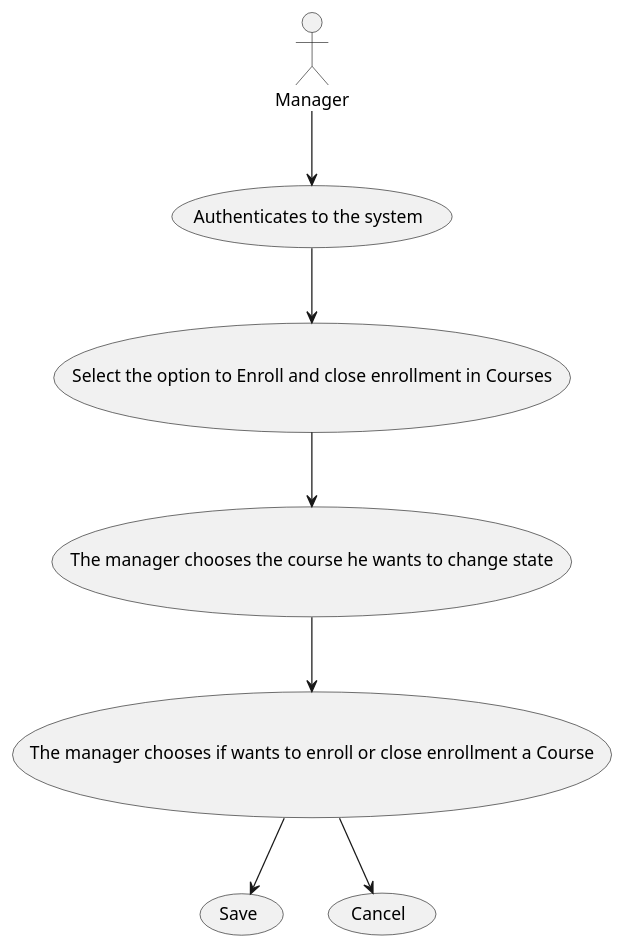
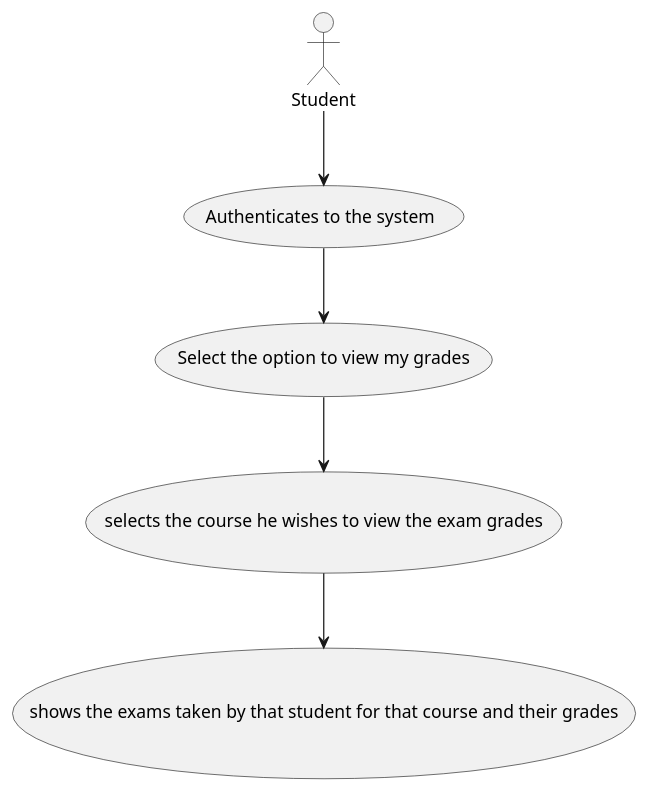
Before and after one commit to mascenso/isep-sem4-lapr4: the diagram in docs/SPRINT C/US2005 - List of Grades/US2005-UCD.puml, drawn with PlantUML. The commit also changed 1 other file, not shown here.

```diff
--- a/docs/SPRINT C/US2005 - List of Grades/US2005-UCD.puml
+++ b/docs/SPRINT C/US2005 - List of Grades/US2005-UCD.puml
@@ -1,16 +1,14 @@
 @startuml
 'https://plantuml.com/use-case-diagram
 
 
 
 
-actor Manager
-    Manager -down-> (Authenticates to the system)
-    (Authenticates to the system) --> (Select the option to Enroll and close enrollment in Courses)
-    (Select the option to Enroll and close enrollment in Courses) --> (The manager chooses the course he wants to change state)
-    (The manager chooses the course he wants to change state) --> (The manager chooses if wants to enroll or close enrollment a Course)
-    (The manager chooses if wants to enroll or close enrollment a Course) --> (Save)
-    (The manager chooses if wants to enroll or close enrollment a Course) --> (Cancel)
+actor Student
+    Student -down-> (Authenticates to the system)
+    (Authenticates to the system) --> (Select the option to view my grades)
+    (Select the option to view my grades) --> (selects the course he wishes to view the exam grades)
+    (selects the course he wishes to view the exam grades) --> (shows the exams taken by that student for that course and their grades)
 
 
 @enduml
```
